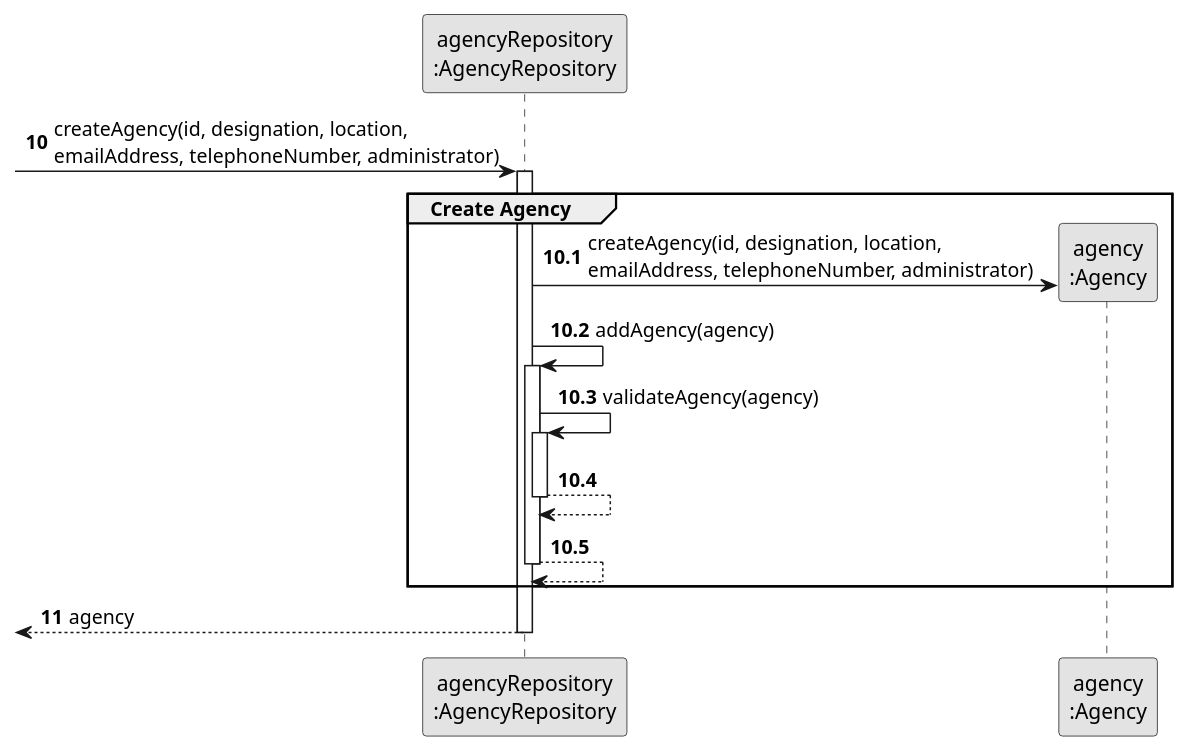
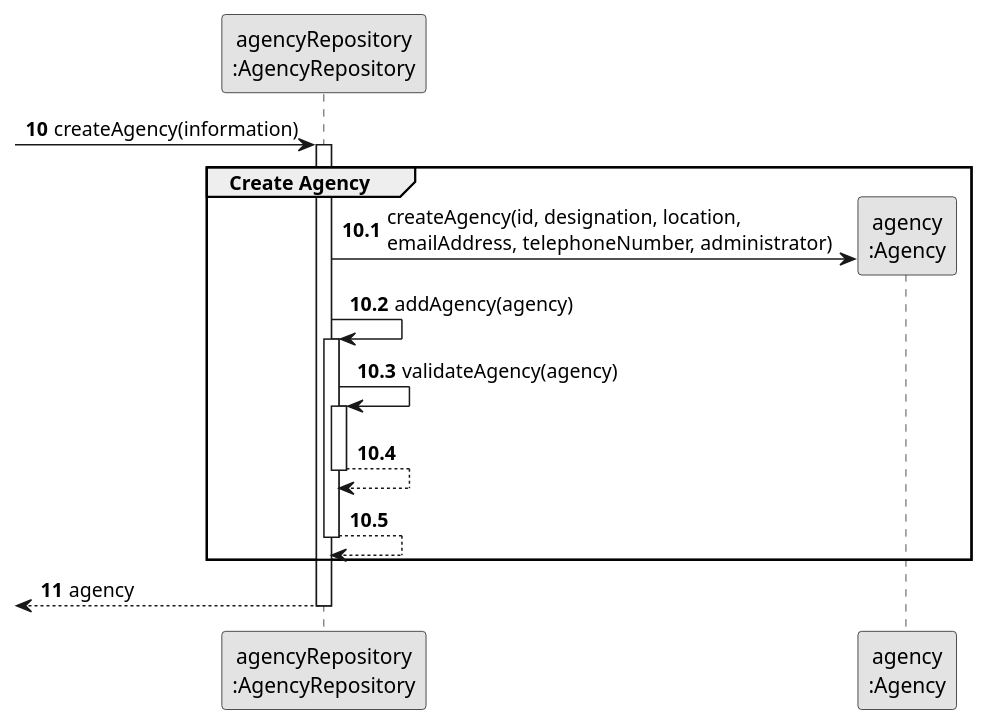
Before and after one commit to Rodrick0209/ISEP-LAPR2-22-23: the diagram in docs/Sprint-C/US012/03.design/puml/us012-sequence-diagram-partial-create-agency.puml, drawn with PlantUML. The commit also changed 6 other files, not shown here.

```diff
--- a/docs/Sprint-C/US012/03.design/puml/us012-sequence-diagram-partial-create-agency.puml
+++ b/docs/Sprint-C/US012/03.design/puml/us012-sequence-diagram-partial-create-agency.puml
@@ -1,34 +1,34 @@
 @startuml
 skinparam monochrome true
 skinparam packageStyle rectangle
 skinparam shadowing false
 
 participant "agencyRepository\n:AgencyRepository" as AgencyRepository
 participant "agency\n:Agency" as Agency
 
 autonumber 10
--> AgencyRepository: createAgency(id, designation, location, \nemailAddress, telephoneNumber, administrator)
+-> AgencyRepository: createAgency(information)
 
 autonumber 10.1
 activate AgencyRepository
     group Create Agency
 
         AgencyRepository -> Agency**: createAgency(id, designation, location, \nemailAddress, telephoneNumber, administrator)
             AgencyRepository -> AgencyRepository: addAgency(agency)
             deactivate Agency
         activate AgencyRepository
             AgencyRepository -> AgencyRepository: validateAgency(agency)
             activate AgencyRepository
                 AgencyRepository --> AgencyRepository
             deactivate AgencyRepository
 
             AgencyRepository --> AgencyRepository
         deactivate AgencyRepository
     end
 
     autonumber 11
     <-- AgencyRepository : agency
 deactivate AgencyRepository
 
 
 @enduml
```
